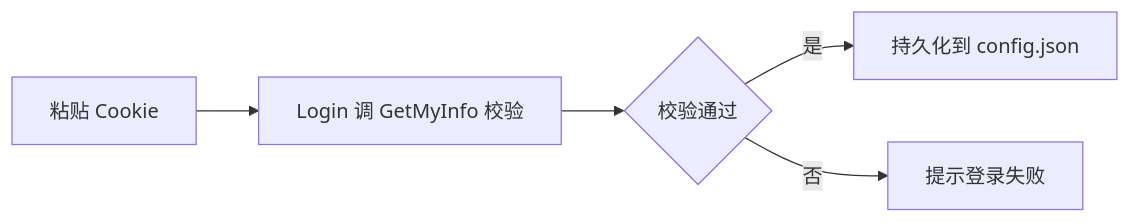
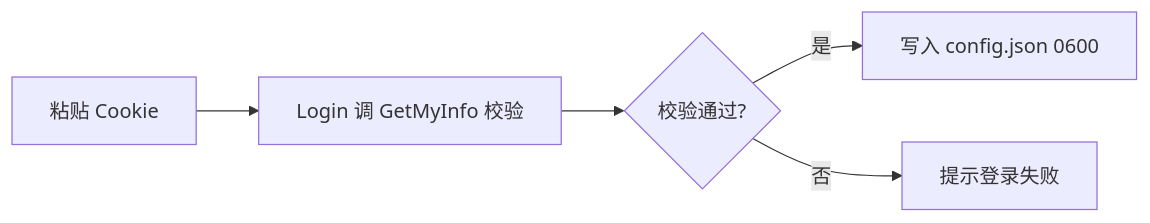
One commit to aDarkMaker/BiliLuckyDraw changed the fifth of 7 diagrams in docs/architecture/data-flow.md. Above: the diagram before and after it, drawn with Mermaid. The commit also changed other lines of this file and 30 other files, not shown here.

````diff
--- a/docs/architecture/data-flow.md
+++ b/docs/architecture/data-flow.md
@@ -34,7 +82,7 @@
 ```mermaid
 flowchart LR
     A[粘贴 Cookie] --> B[Login 调 GetMyInfo 校验]
-    B --> C{校验通过}
-    C -->|是| D[持久化到 config.json]
+    B --> C{校验通过?}
+    C -->|是| D[写入 config.json 0600]
     C -->|否| E[提示登录失败]
 ```
````
